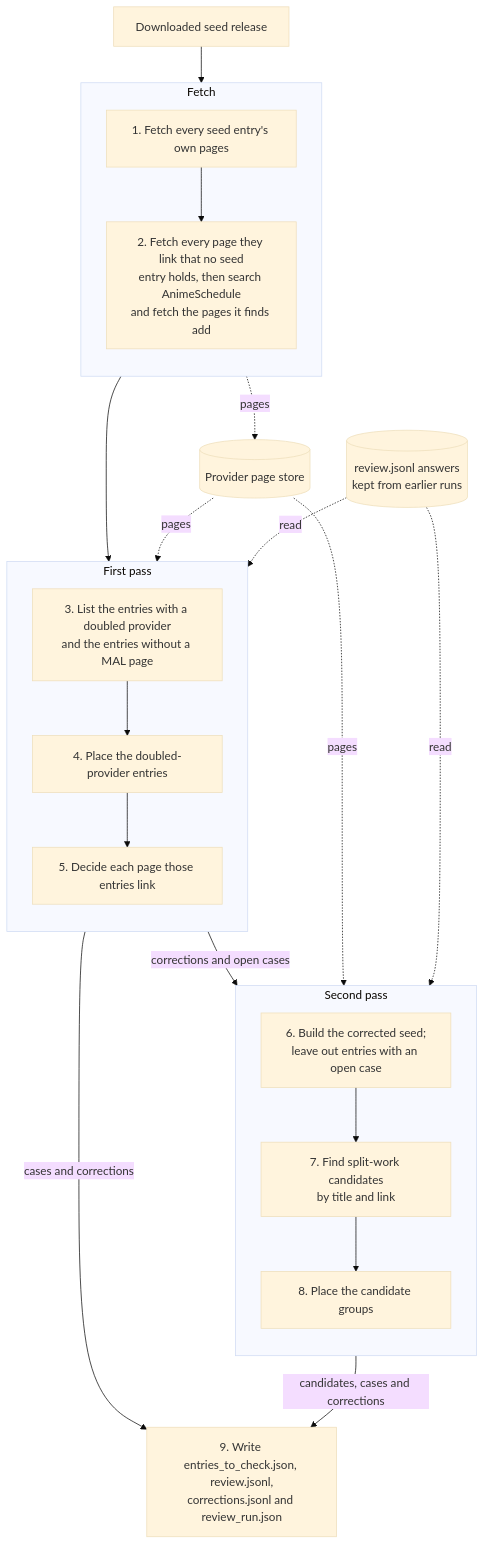
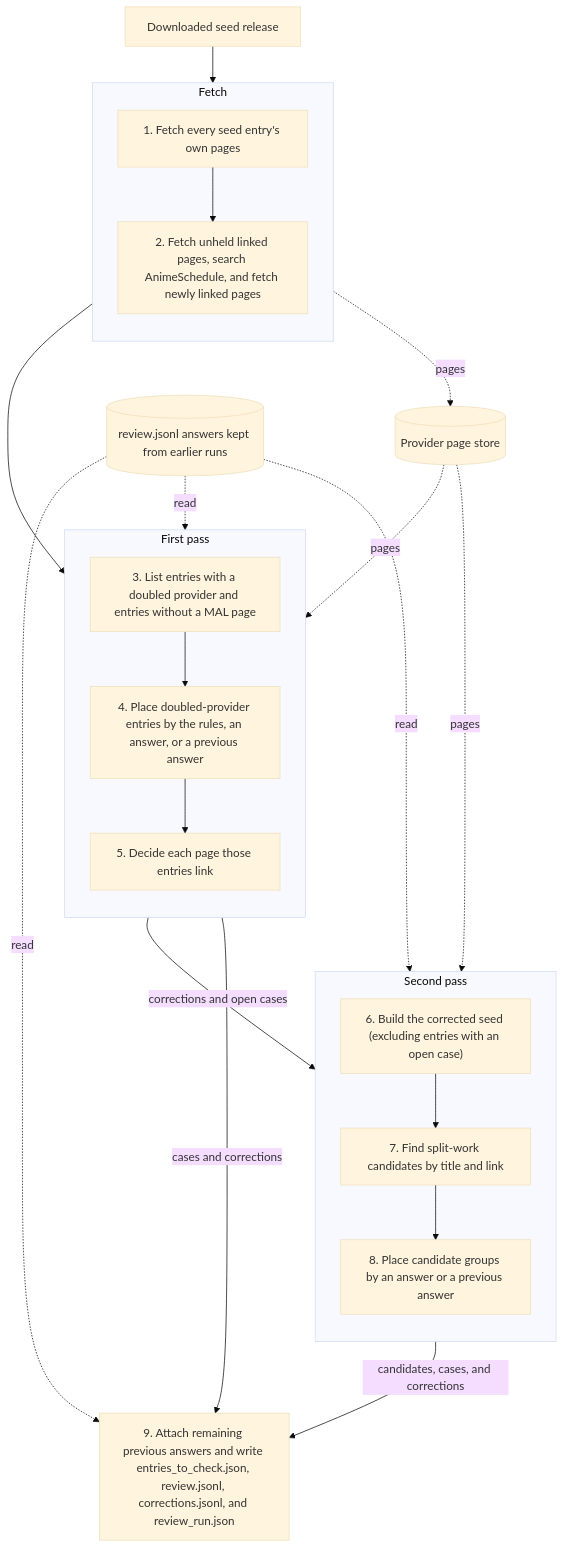
One commit to adnanaq/echora changed the first of 2 diagrams in libs/seed_cleaning/README.md. Above: the diagram before and after it, drawn with Mermaid (base theme). The commit also changed other lines of this file and 2 other files, not shown here.

First line of the commit message:
docs: update work_matching, seed_cleaning, and review_page READMEs

````diff
--- a/libs/seed_cleaning/README.md
+++ b/libs/seed_cleaning/README.md
@@ -59,40 +58,41 @@
 ```mermaid
 flowchart TD
-    seed[Downloaded seed release]
-    store[(Provider page store)]
-    answers[(review.jsonl answers<br/>kept from earlier runs)]
+    seed["Downloaded seed release"]
+    store[("Provider page store")]
+    answers[("review.jsonl answers kept from earlier runs")]
 
-    subgraph fetch[Fetch]
+    subgraph fetch["Fetch"]
         direction TB
-        fetch_seed[1. Fetch every seed entry's own pages]
-        fetch_linked[2. Fetch every page they link that no seed<br/>entry holds, then search AnimeSchedule<br/>and fetch the pages it finds add]
+        fetch_seed["1. Fetch every seed entry's own pages"]
+        fetch_linked["2. Fetch unheld linked pages, search AnimeSchedule, and fetch newly linked pages"]
         fetch_seed --> fetch_linked
     end
 
-    subgraph first[First pass]
+    subgraph first["First pass"]
         direction TB
-        list[3. List the entries with a doubled provider<br/>and the entries without a MAL page]
-        doubled[4. Place the doubled-provider entries]
-        decide[5. Decide each page those entries link]
+        list["3. List entries with a doubled provider and entries without a MAL page"]
+        doubled["4. Place doubled-provider entries by the rules, an answer, or a previous answer"]
+        decide["5. Decide each page those entries link"]
         list --> doubled --> decide
     end
 
-    subgraph second[Second pass]
+    subgraph second["Second pass"]
         direction TB
-        corrected[6. Build the corrected seed;<br/>leave out entries with an open case]
-        candidates[7. Find split-work candidates<br/>by title and link]
-        split[8. Place the candidate groups]
+        corrected["6. Build the corrected seed (excluding entries with an open case)"]
+        candidates["7. Find split-work candidates by title and link"]
+        split["8. Place candidate groups by an answer or a previous answer"]
         corrected --> candidates --> split
     end
 
     seed --> fetch --> first
-    first -- corrections and open cases --> second
-    fetch -. pages .-> store
-    store -. pages .-> first
-    store -. pages .-> second
-    answers -. read .-> first
-    answers -. read .-> second
-    first -- cases and corrections --> write
-    second -- candidates, cases and corrections --> write
-    write[9. Write entries_to_check.json, review.jsonl,<br/>corrections.jsonl and review_run.json]
+    first -- "corrections and open cases" --> second
+    fetch -. "pages" .-> store
+    store -. "pages" .-> first
+    store -. "pages" .-> second
+    answers -. "read" .-> first
+    answers -. "read" .-> second
+    answers -. "read" .-> write
+    first -- "cases and corrections" --> write
+    second -- "candidates, cases, and corrections" --> write
+    write["9. Attach remaining previous answers and write entries_to_check.json, review.jsonl, corrections.jsonl, and review_run.json"]
 ```
````
